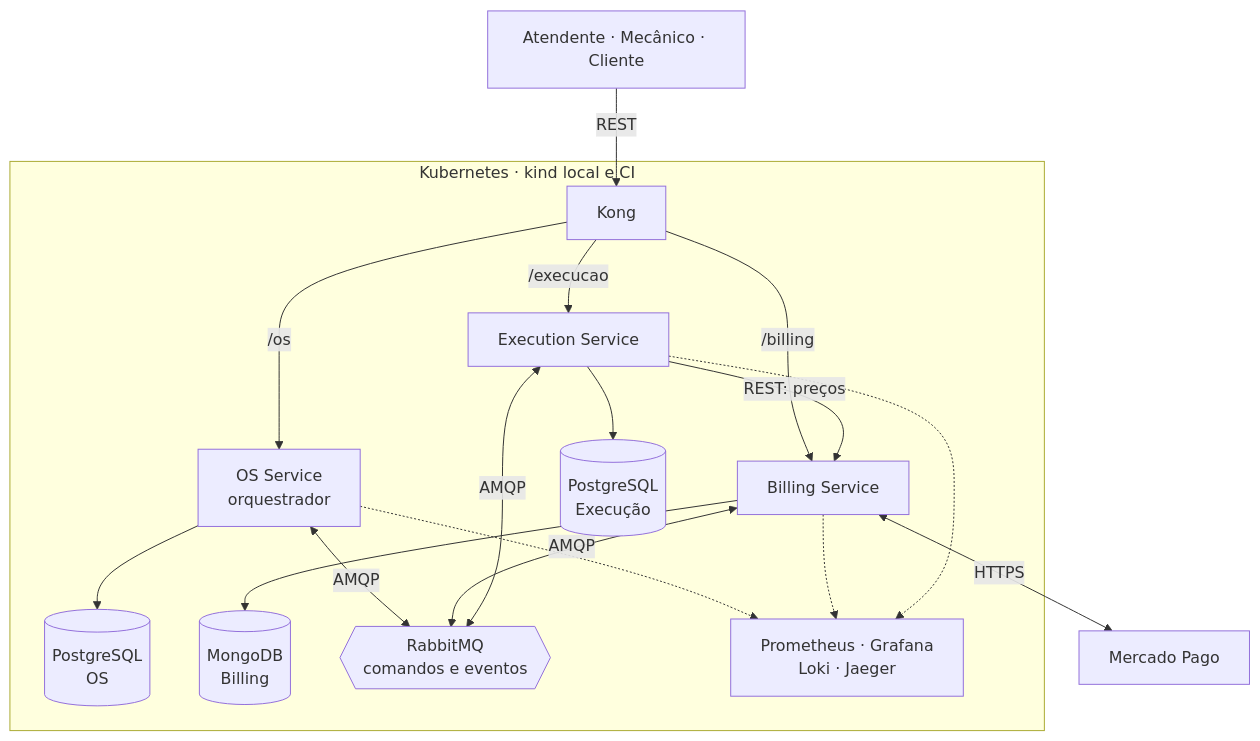
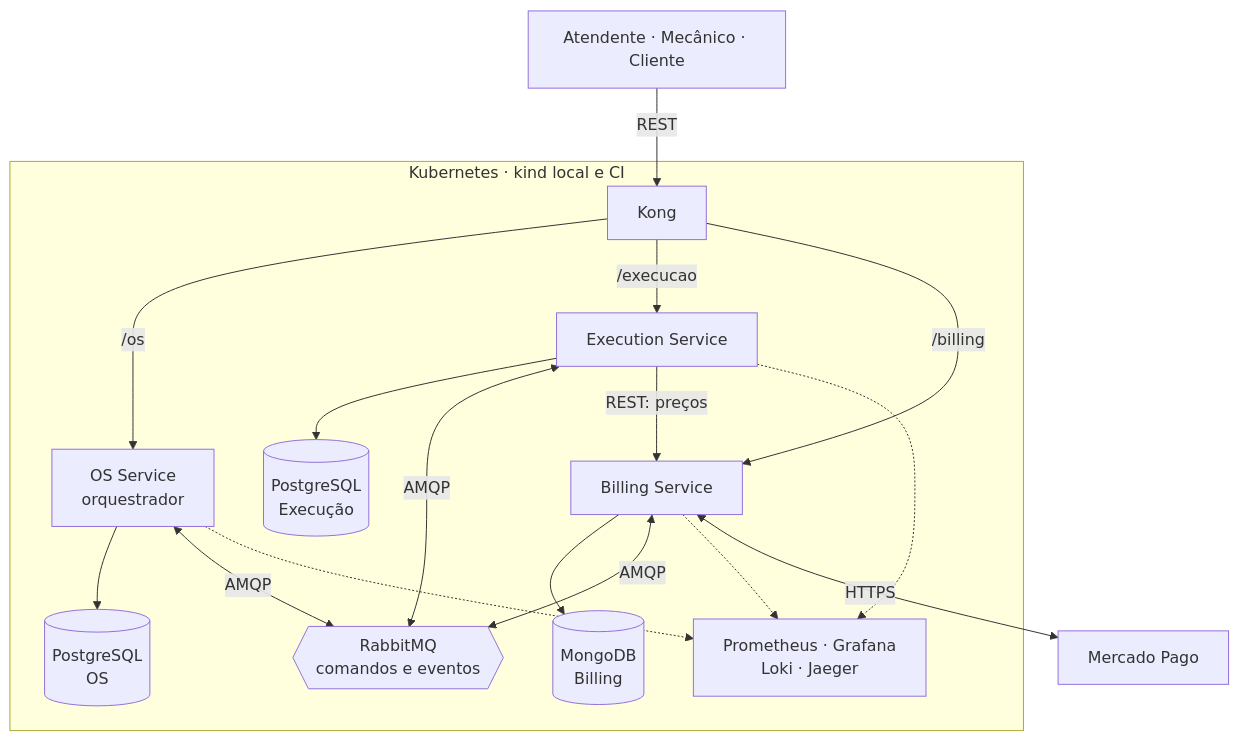
One commit to fiap-postech-sw-architecture/postech-sw-arch-p4-platform changed the first of 8 diagrams in docs/entrega/fase4/entrega-fase-4.md. Above: the diagram before and after it, drawn with Mermaid. The commit also changed other lines of this file and 19 other files, not shown here.

````diff
--- a/docs/entrega/fase4/entrega-fase-4.md
+++ b/docs/entrega/fase4/entrega-fase-4.md
@@ -40,18 +102,18 @@
 ```mermaid
 flowchart TB
     pessoas["Atendente · Mecânico · Cliente"] -->|REST| kong["Kong"]
     subgraph k8s["Kubernetes · kind local e CI"]
         kong -->|/os| os["OS Service<br/>orquestrador"]
+        kong -->|/execucao| execucao["Execution Service"]
         kong -->|/billing| billing["Billing Service"]
-        kong -->|/execucao| execucao["Execution Service"]
         os --> pg_os[("PostgreSQL<br/>OS")]
         billing --> mongo[("MongoDB<br/>Billing")]
         execucao --> pg_execucao[("PostgreSQL<br/>Execução")]
         os <-->|AMQP| rabbit{{"RabbitMQ<br/>comandos e eventos"}}
         billing <-->|AMQP| rabbit
         execucao <-->|AMQP| rabbit
         execucao -->|REST: preços| billing
         os & billing & execucao -.-> obs["Prometheus · Grafana<br/>Loki · Jaeger"]
     end
     billing <-->|HTTPS| mp["Mercado Pago"]
 ```
````
